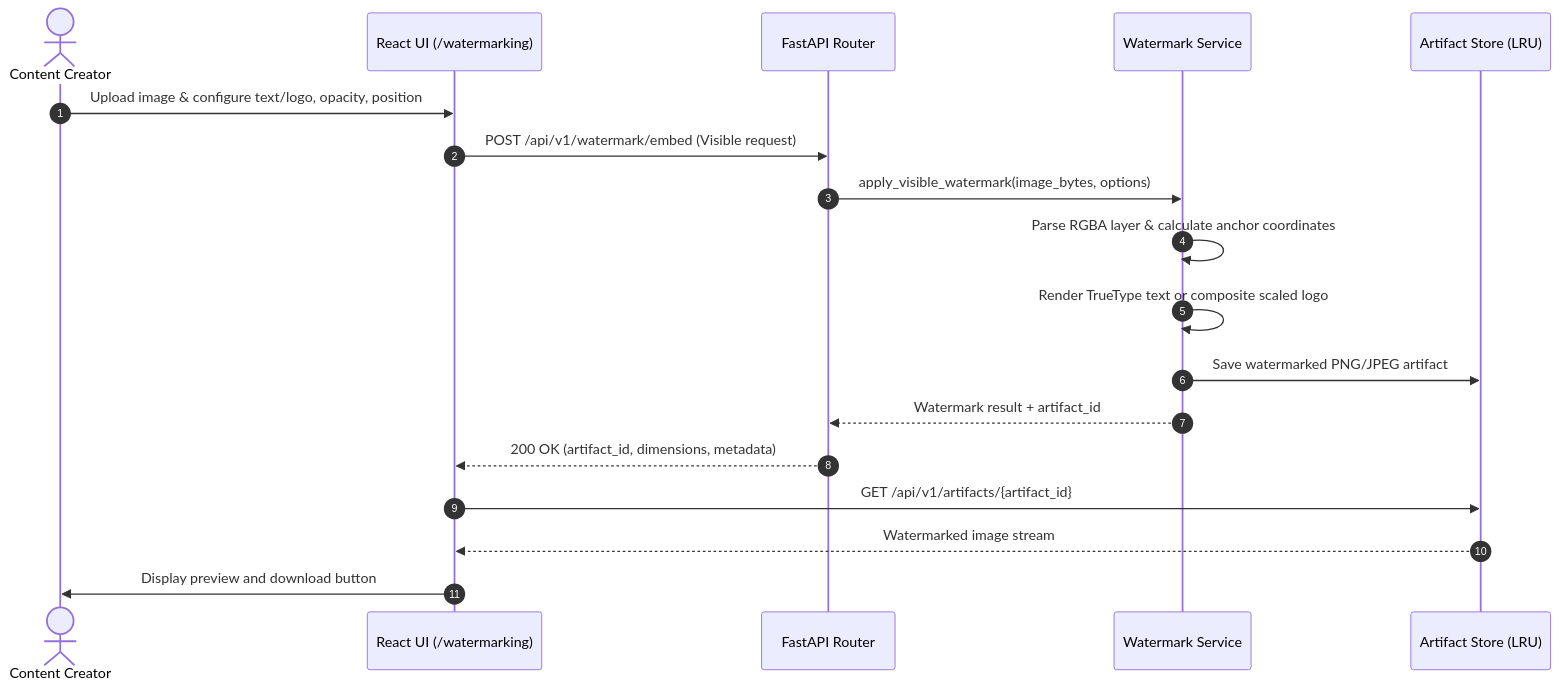
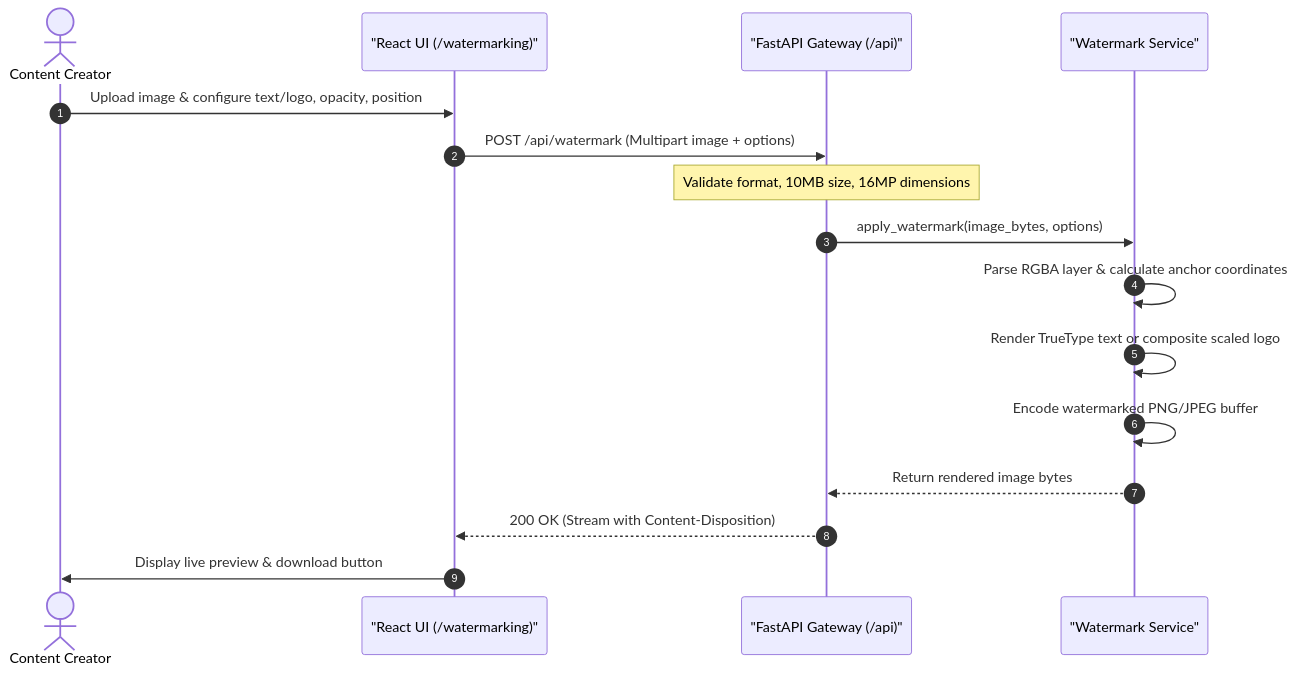
The third of 4 diagrams in README.md (abhiveeramallu/Image_Guard), drawn with Mermaid before and after one commit. The commit also changed other lines of this file, not shown here.

````diff
--- a/README.md
+++ b/README.md
@@ -290,21 +293,19 @@
 ```mermaid
 sequenceDiagram
     autonumber
     actor User as Content Creator
-    participant Frontend as React UI (/watermarking)
-    participant API as FastAPI Router
-    participant Service as Watermark Service
-    participant Store as Artifact Store (LRU)
+    participant Frontend as "React UI (/watermarking)"
+    participant API as "FastAPI Gateway (/api)"
+    participant Service as "Watermark Service"
 
     User->>Frontend: Upload image & configure text/logo, opacity, position
-    Frontend->>API: POST /api/v1/watermark/embed (Visible request)
-    API->>Service: apply_visible_watermark(image_bytes, options)
+    Frontend->>API: POST /api/watermark (Multipart image + options)
+    Note over API: Validate format, 10MB size, 16MP dimensions
+    API->>Service: apply_watermark(image_bytes, options)
     Service->>Service: Parse RGBA layer & calculate anchor coordinates
     Service->>Service: Render TrueType text or composite scaled logo
-    Service->>Store: Save watermarked PNG/JPEG artifact
-    Service-->>API: Watermark result + artifact_id
-    API-->>Frontend: 200 OK (artifact_id, dimensions, metadata)
-    Frontend->>Store: GET /api/v1/artifacts/{artifact_id}
-    Store-->>Frontend: Watermarked image stream
-    Frontend->>User: Display preview and download button
+    Service->>Service: Encode watermarked PNG/JPEG buffer
+    Service-->>API: Return rendered image bytes
+    API-->>Frontend: 200 OK (Stream with Content-Disposition)
+    Frontend->>User: Display live preview & download button
 ```
````
